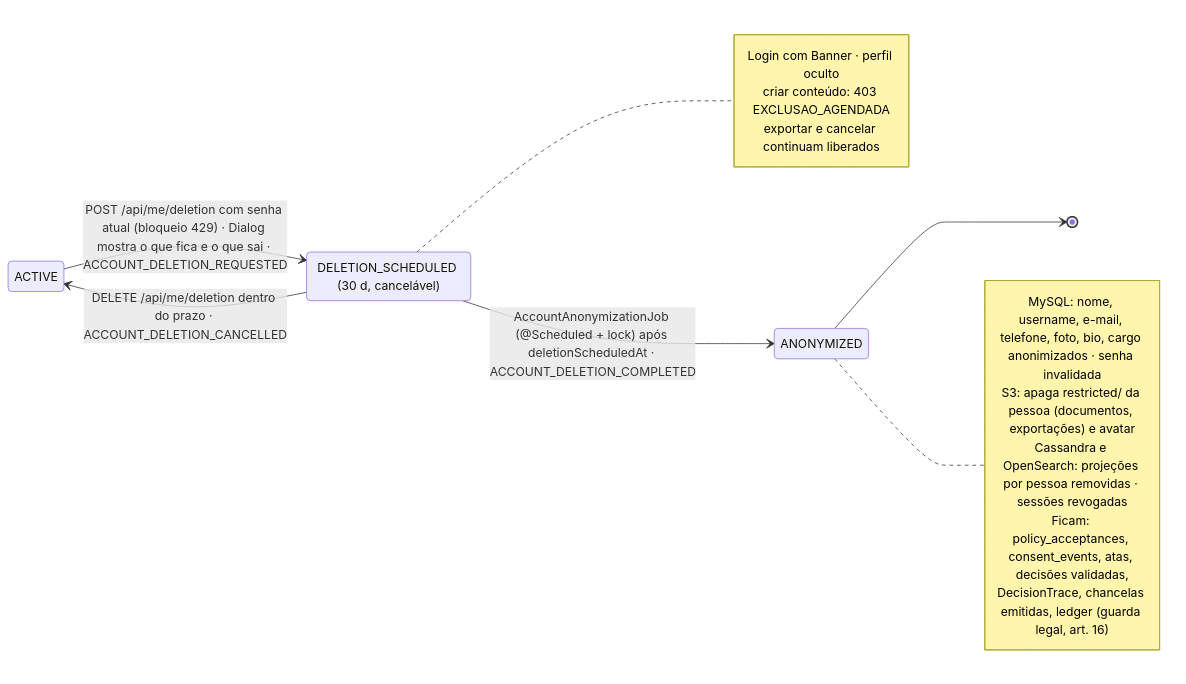
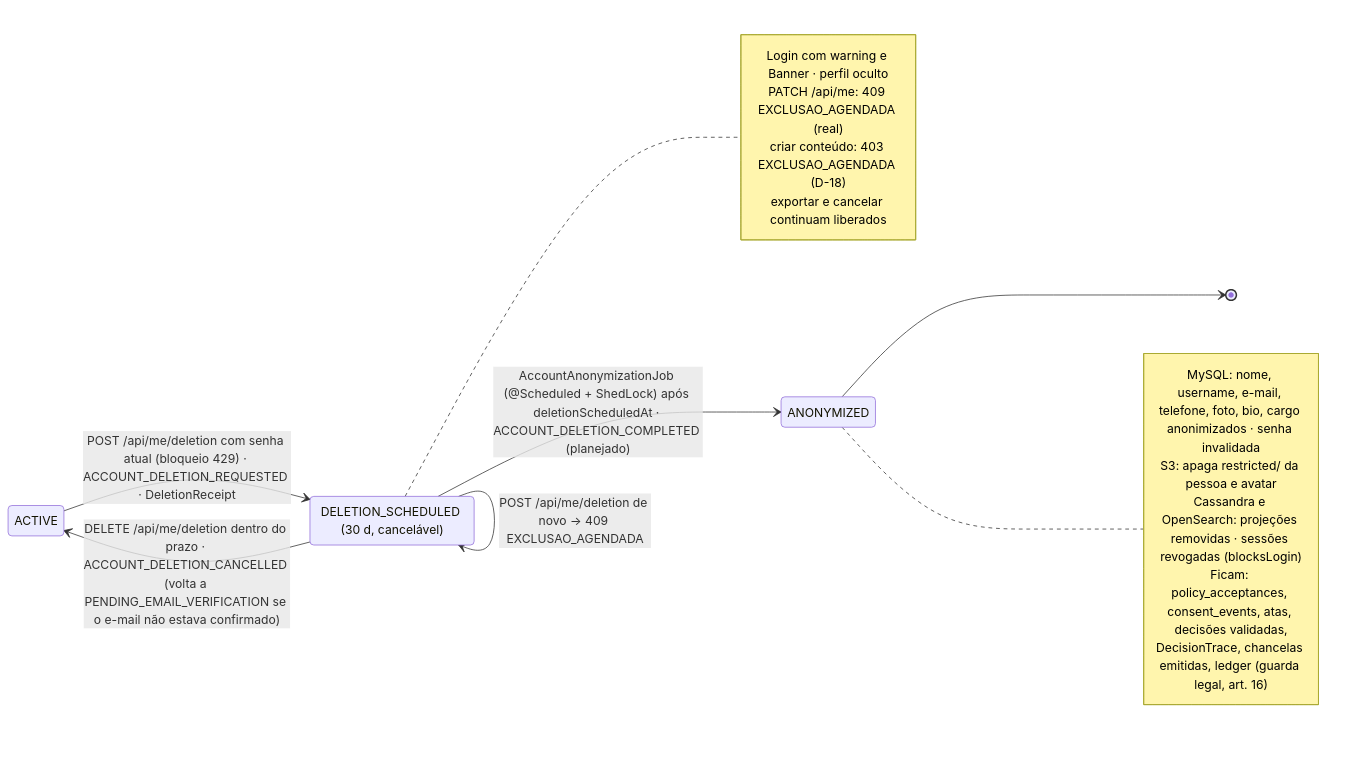
Before and after one commit to MatheusHaliski/Decia-app-2026: the seventh of 7 diagrams in docs/diagramas/RF3/README.md, drawn with Mermaid. The commit also changed other lines of this file and 5 other files, not shown here.

First line of the commit message:
docs(diagramas): reescreve RF1–RF5 (5 diagramas Mermaid + rastreabilidade) e cria _tools/checar.py

````diff
--- a/docs/diagramas/RF3/README.md
+++ b/docs/diagramas/RF3/README.md
@@ -563,25 +603,26 @@
 ```mermaid
 stateDiagram-v2
   direction LR
-  state "ACTIVE" as ACTIVE
-  state "DELETION_SCHEDULED (30 d, cancelável)" as DELETION_SCHEDULED
-  state "ANONYMIZED" as ANONYMIZED
+  state "ACTIVE" as ACT
+  state "DELETION_SCHEDULED (30 d, cancelável)" as DEL
+  state "ANONYMIZED" as ANO
 
-  ACTIVE --> DELETION_SCHEDULED : POST /api/me/deletion com senha atual (bloqueio 429) · Dialog mostra o que fica e o que sai · ACCOUNT_DELETION_REQUESTED
-  DELETION_SCHEDULED --> ACTIVE : DELETE /api/me/deletion dentro do prazo · ACCOUNT_DELETION_CANCELLED
-  DELETION_SCHEDULED --> ANONYMIZED : AccountAnonymizationJob (@Scheduled + lock) após deletionScheduledAt · ACCOUNT_DELETION_COMPLETED
-  ANONYMIZED --> [*]
-
-  note right of DELETION_SCHEDULED
-    Login com Banner · perfil oculto
-    criar conteúdo: 403 EXCLUSAO_AGENDADA
+  ACT --> DEL : POST /api/me/deletion com senha atual (bloqueio 429) · ACCOUNT_DELETION_REQUESTED · DeletionReceipt
+  DEL --> ACT : DELETE /api/me/deletion dentro do prazo · ACCOUNT_DELETION_CANCELLED (volta a PENDING_EMAIL_VERIFICATION se o e-mail não estava confirmado)
+  DEL --> DEL : POST /api/me/deletion de novo → 409 EXCLUSAO_AGENDADA
+  DEL --> ANO : AccountAnonymizationJob (@Scheduled + ShedLock) após deletionScheduledAt · ACCOUNT_DELETION_COMPLETED (planejado)
+  ANO --> [*]
+  note right of DEL
+    Login com warning e Banner · perfil oculto
+    PATCH /api/me: 409 EXCLUSAO_AGENDADA (real)
+    criar conteúdo: 403 EXCLUSAO_AGENDADA (D-18)
     exportar e cancelar continuam liberados
   end note
-  note right of ANONYMIZED
+  note right of ANO
     MySQL: nome, username, e-mail, telefone, foto, bio, cargo anonimizados · senha invalidada
-    S3: apaga restricted/ da pessoa (documentos, exportações) e avatar
-    Cassandra e OpenSearch: projeções por pessoa removidas · sessões revogadas
+    S3: apaga restricted/ da pessoa e avatar
+    Cassandra e OpenSearch: projeções removidas · sessões revogadas (blocksLogin)
     Ficam: policy_acceptances, consent_events, atas, decisões validadas,
     DecisionTrace, chancelas emitidas, ledger (guarda legal, art. 16)
   end note
 ```
````
